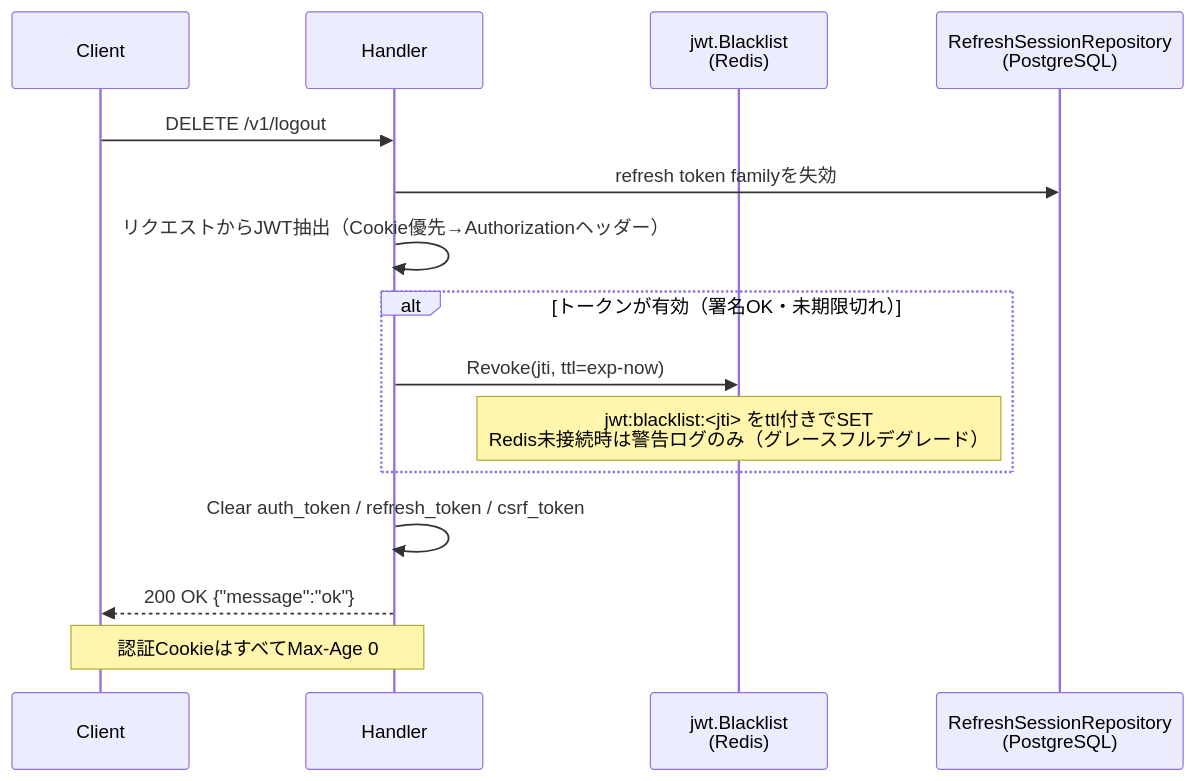
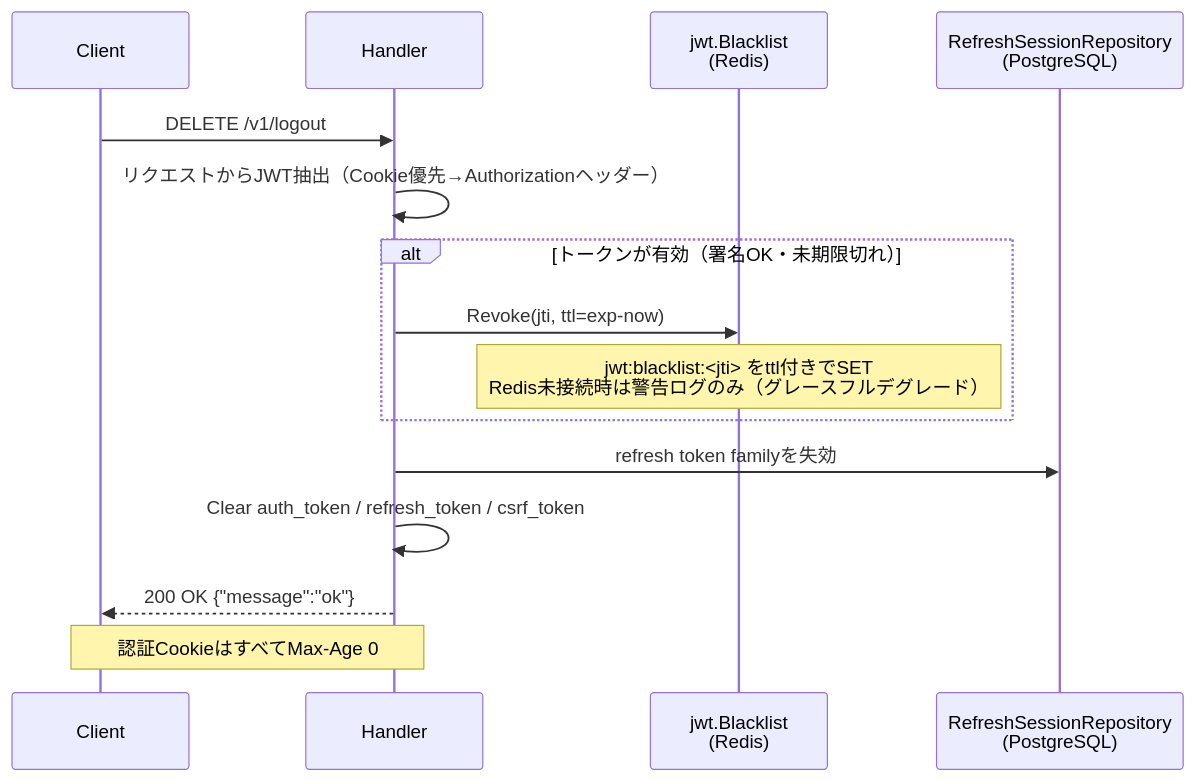
One commit to UCHIDAnobuhiro/stock-backend changed the fourth of 7 diagrams in docs/features/auth.md. Above: the diagram before and after it, drawn with Mermaid. The commit also changed other lines of this file and 14 other files, not shown here.

````diff
--- a/docs/features/auth.md
+++ b/docs/features/auth.md
@@ -154,18 +155,18 @@
 ```mermaid
 sequenceDiagram
     participant Client
     participant Handler as Handler
     participant Blacklist as jwt.Blacklist<br/>(Redis)
     participant Sessions as RefreshSessionRepository<br/>(PostgreSQL)
 
     Client->>Handler: DELETE /v1/logout
-    Handler->>Sessions: refresh token familyを失効
     Handler->>Handler: リクエストからJWT抽出（Cookie優先→Authorizationヘッダー）
     alt トークンが有効（署名OK・未期限切れ）
         Handler->>Blacklist: Revoke(jti, ttl=exp-now)
         Note over Blacklist: jwt:blacklist:<jti> をttl付きでSET<br/>Redis未接続時は警告ログのみ（グレースフルデグレード）
     end
+    Handler->>Sessions: refresh token familyを失効
     Handler->>Handler: Clear auth_token / refresh_token / csrf_token
     Handler-->>Client: 200 OK {"message":"ok"}
     Note over Handler,Client: 認証CookieはすべてMax-Age 0
 ```
````
